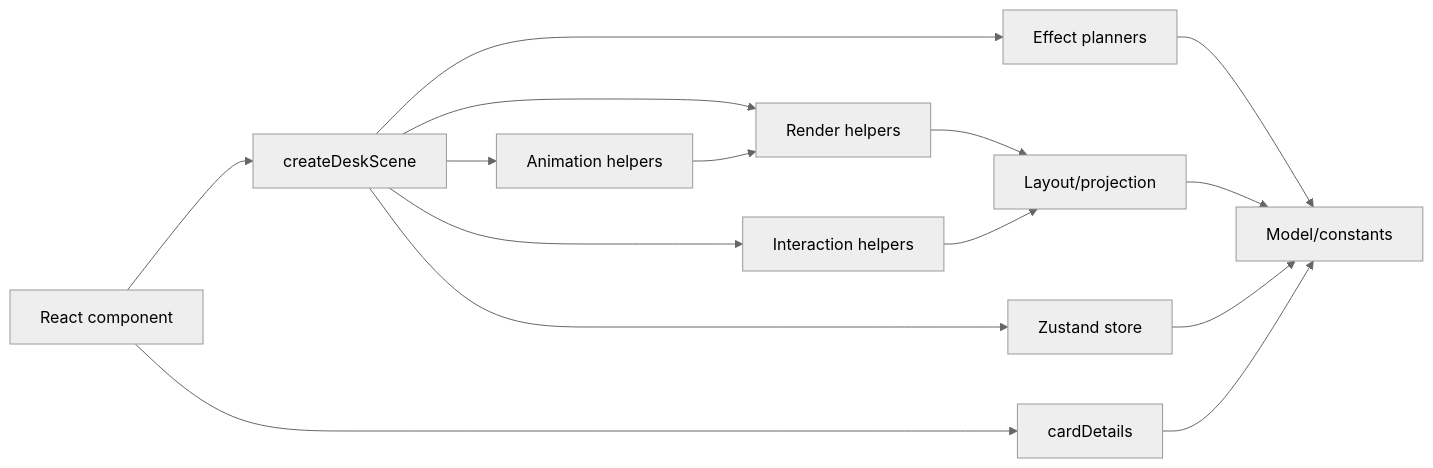
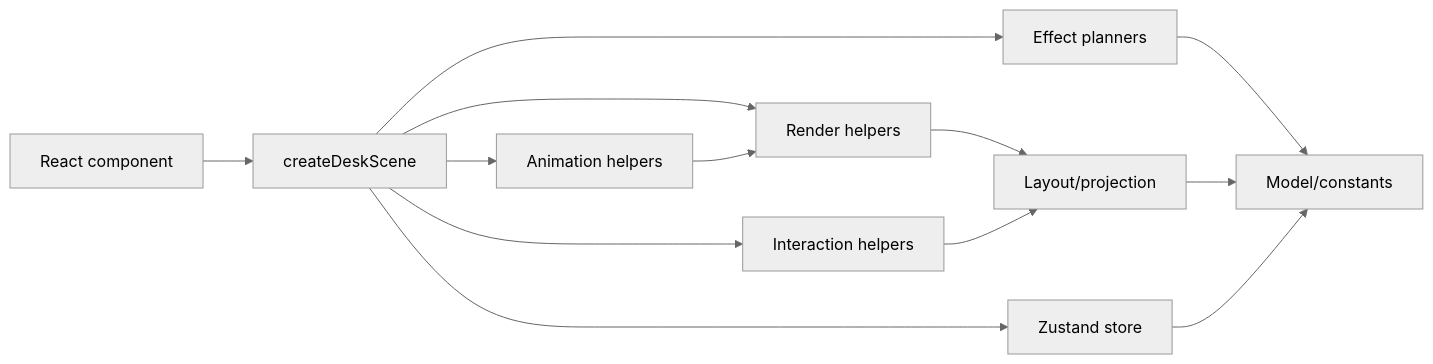
One commit to catindev/dtp3 changed the diagram in docs/architecture.md. Above: the diagram before and after it, drawn with Mermaid (neutral theme). The commit also changed other lines of this file and 18 other files, not shown here.

````diff
--- a/docs/architecture.md
+++ b/docs/architecture.md
@@ -65,17 +67,15 @@
 ```mermaid
 flowchart LR
   React["React component"] --> Scene["createDeskScene"]
-  React --> Details["cardDetails"]
   Scene --> Store["Zustand store"]
   Scene --> Render["Render helpers"]
   Scene --> Interaction["Interaction helpers"]
   Scene --> Animation["Animation helpers"]
   Scene --> Effects["Effect planners"]
   Render --> Layout["Layout/projection"]
   Interaction --> Layout
   Effects --> Model
   Layout --> Model["Model/constants"]
   Store --> Model
-  Details --> Model
   Animation --> Render
 ```
````
